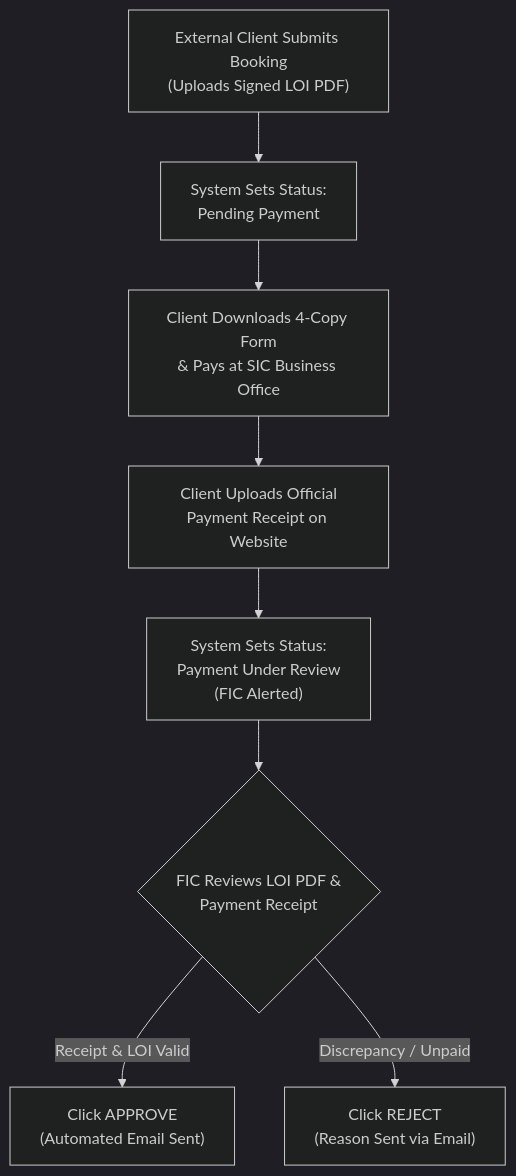
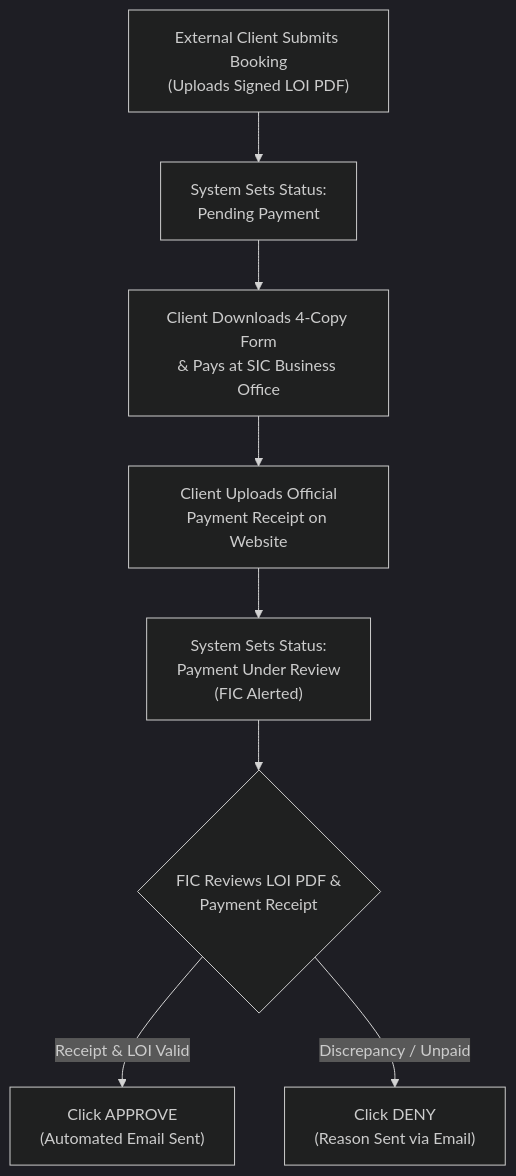
Before and after one commit to TheBalance2/bookingsystem: the diagram in FACILITY_IN_CHARGE_MANUAL.md, drawn with Mermaid (dark theme). The commit also changed other lines of this file and 34 other files, not shown here.

Commit message:
Fix contact/email validation, live error clearing, vehicle email destination, mobile menu, and Deny wording

````diff
--- a/FACILITY_IN_CHARGE_MANUAL.md
+++ b/FACILITY_IN_CHARGE_MANUAL.md
@@ -148,10 +148,10 @@
 ```mermaid
 flowchart TD
     A["External Client Submits Booking<br>(Uploads Signed LOI PDF)"] --> B["System Sets Status:<br>Pending Payment"]
     B --> C["Client Downloads 4-Copy Form<br>& Pays at SIC Business Office"]
     C --> D["Client Uploads Official<br>Payment Receipt on Website"]
     D --> E["System Sets Status:<br>Payment Under Review<br>(FIC Alerted)"]
     E --> F{"FIC Reviews LOI PDF &<br>Payment Receipt"}
     F -->|"Receipt & LOI Valid"| G["Click APPROVE<br>(Automated Email Sent)"]
-    F -->|"Discrepancy / Unpaid"| H["Click REJECT<br>(Reason Sent via Email)"]
+    F -->|"Discrepancy / Unpaid"| H["Click DENY<br>(Reason Sent via Email)"]
 ```
````
